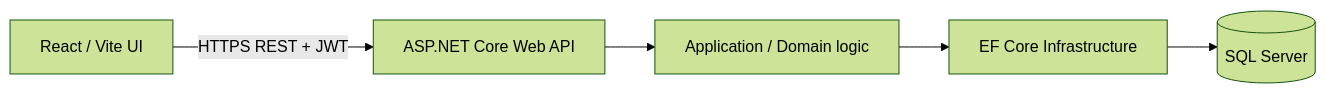
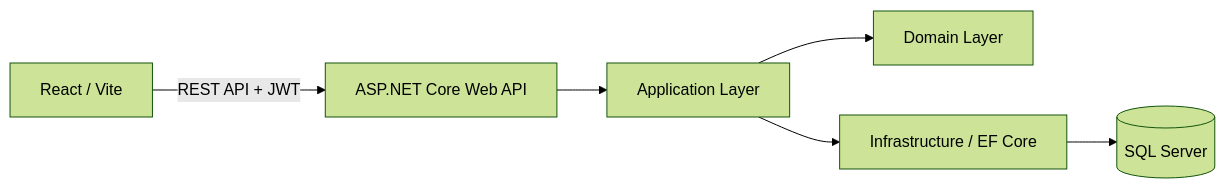
One commit to mahipawar22/TaskFlow-Portfolio changed the diagram in README.md. Above: the diagram before and after it, drawn with Mermaid (forest theme). The commit also changed other lines of this file and 2 other files, not shown here.

````diff
--- a/README.md
+++ b/README.md
@@ -34,7 +52,8 @@
 ```mermaid
 flowchart LR
-    A[React / Vite UI] -->|HTTPS REST + JWT| B[ASP.NET Core Web API]
-    B --> C[Application / Domain logic]
-    C --> D[EF Core Infrastructure]
-    D --> E[(SQL Server)]
+  UI[React / Vite] -->|REST API + JWT| API[ASP.NET Core Web API]
+  API --> APP[Application Layer]
+  APP --> DOMAIN[Domain Layer]
+  APP --> INFRA[Infrastructure / EF Core]
+  INFRA --> DB[(SQL Server)]
 ```
````
